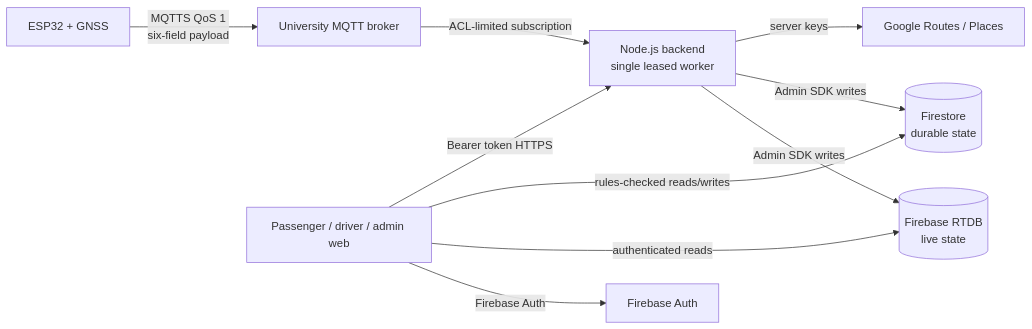
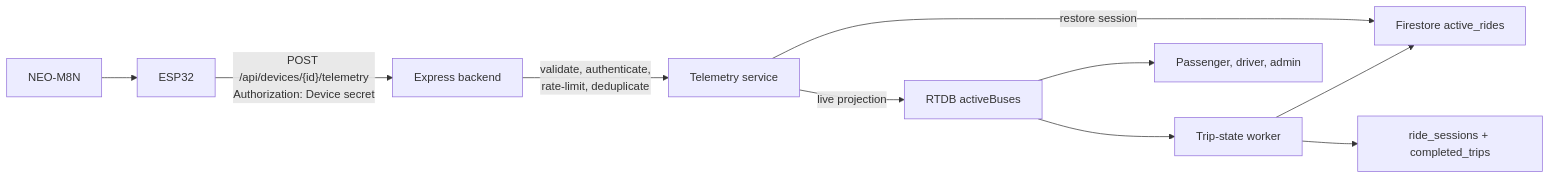
One commit to notnamansinha/Eki changed the first of 2 diagrams in docs/ARCHITECTURE.md. Above: the diagram before and after it, drawn with Mermaid. The commit also changed other lines of this file and 75 other files, not shown here.

Commit message:
refactor: replace MQTT with resilient HTTPS telemetry

````diff
--- a/docs/ARCHITECTURE.md
+++ b/docs/ARCHITECTURE.md
@@ -5,12 +8,12 @@
 ```mermaid
 flowchart LR
-  ESP["ESP32 + GNSS"] -->|"MQTTS QoS 1\nsix-field payload"| MQ["University MQTT broker"]
-  MQ -->|"ACL-limited subscription"| API["Node.js backend\nsingle leased worker"]
-  API -->|"Admin SDK writes"| RTDB[("Firebase RTDB\nlive state")]
-  API -->|"Admin SDK writes"| FS[("Firestore\ndurable state")]
-  WEB["Passenger / driver / admin web"] -->|"Firebase Auth"| AUTH["Firebase Auth"]
-  WEB -->|"authenticated reads"| RTDB
-  WEB -->|"rules-checked reads/writes"| FS
-  WEB -->|"Bearer token HTTPS"| API
-  API -->|"server keys"| MAPS["Google Routes / Places"]
+  GNSS["NEO-M8N"] --> ESP["ESP32"]
+  ESP -->|"POST /api/devices/{id}/telemetry\nAuthorization: Device secret"| API["Express backend"]
+  API -->|"validate, authenticate,\nrate-limit, deduplicate"| INGEST["Telemetry service"]
+  INGEST -->|"live projection"| RTDB["RTDB activeBuses"]
+  INGEST -->|"restore session"| ACTIVE["Firestore active_rides"]
+  RTDB --> ENGINE["Trip-state worker"]
+  ENGINE --> ACTIVE
+  ENGINE --> HISTORY["ride_sessions + completed_trips"]
+  RTDB --> APPS["Passenger, driver, admin"]
 ```
````
